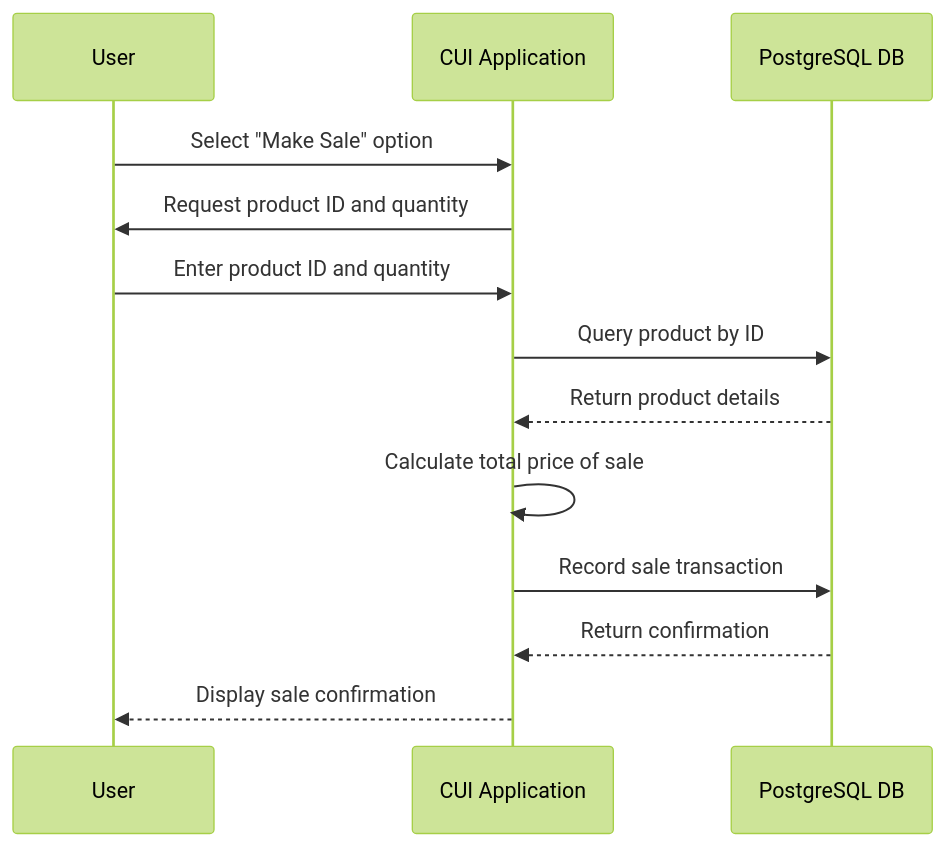
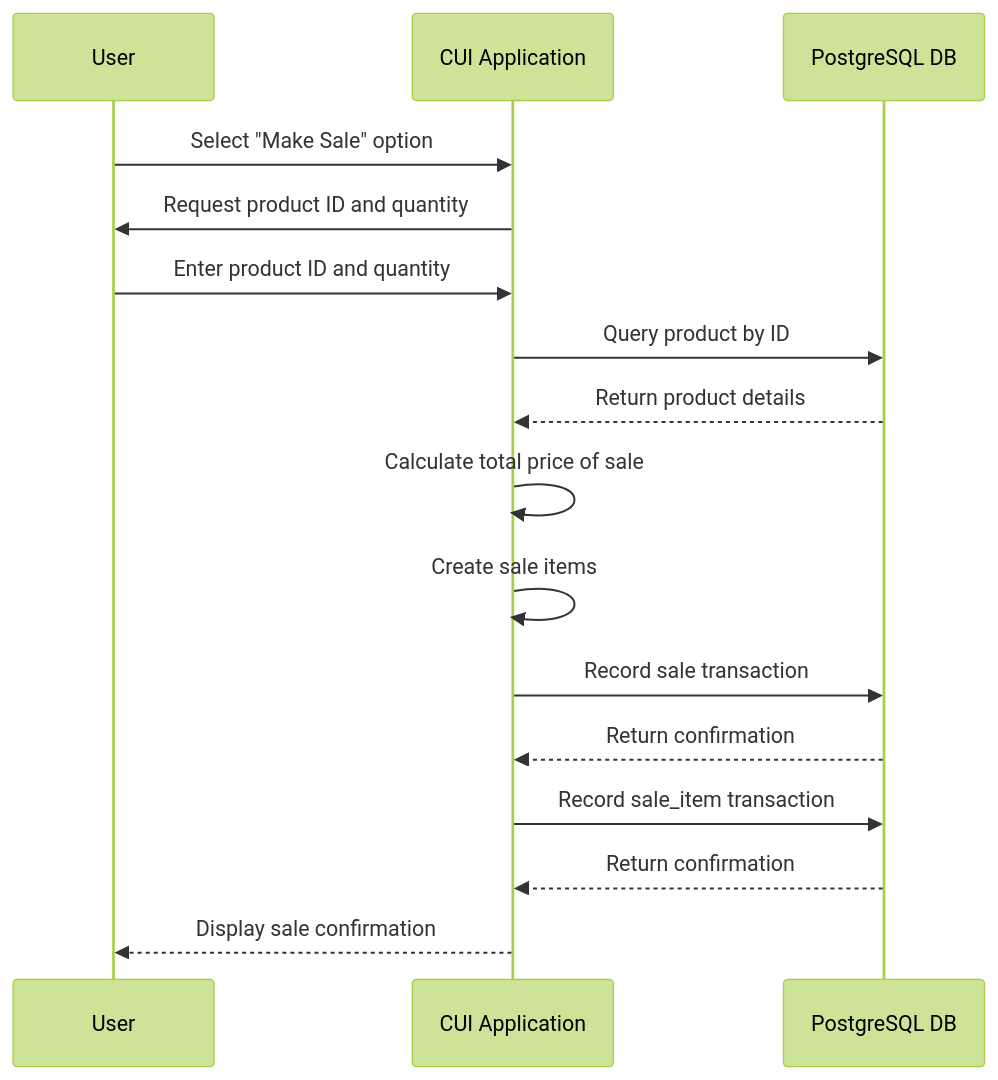
The second of 4 diagrams in docs/diagram/iteration1/SequenceDiagram.md (MohETS/Store-Management-System), drawn with Mermaid (forest theme) before and after one commit. The commit also changed other lines of this file and 14 other files, not shown here.

````diff
--- a/docs/diagram/iteration1/SequenceDiagram.md
+++ b/docs/diagram/iteration1/SequenceDiagram.md
@@ -22,16 +22,19 @@
 ```mermaid
 sequenceDiagram
     participant User
     participant ConsoleUI as CUI Application
     participant Database as PostgreSQL DB
 
     User->>ConsoleUI: Select "Make Sale" option
     ConsoleUI->>User: Request product ID and quantity
     User->>ConsoleUI: Enter product ID and quantity
     ConsoleUI->>Database: Query product by ID
     Database-->>ConsoleUI: Return product details
     ConsoleUI->>ConsoleUI: Calculate total price of sale
+    ConsoleUI->>ConsoleUI: Create sale items
     ConsoleUI->>Database: Record sale transaction
+    Database-->>ConsoleUI: Return confirmation
+    ConsoleUI->>Database: Record sale_item transaction
     Database-->>ConsoleUI: Return confirmation
     ConsoleUI-->>User: Display sale confirmation
 ```
````
